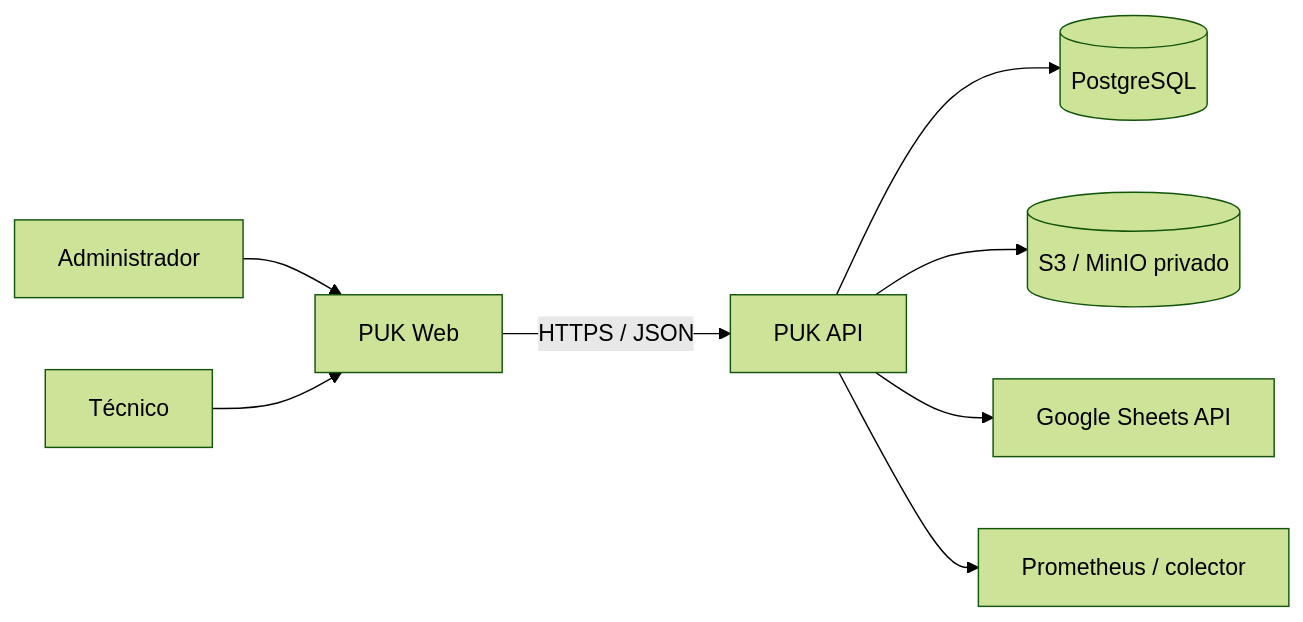
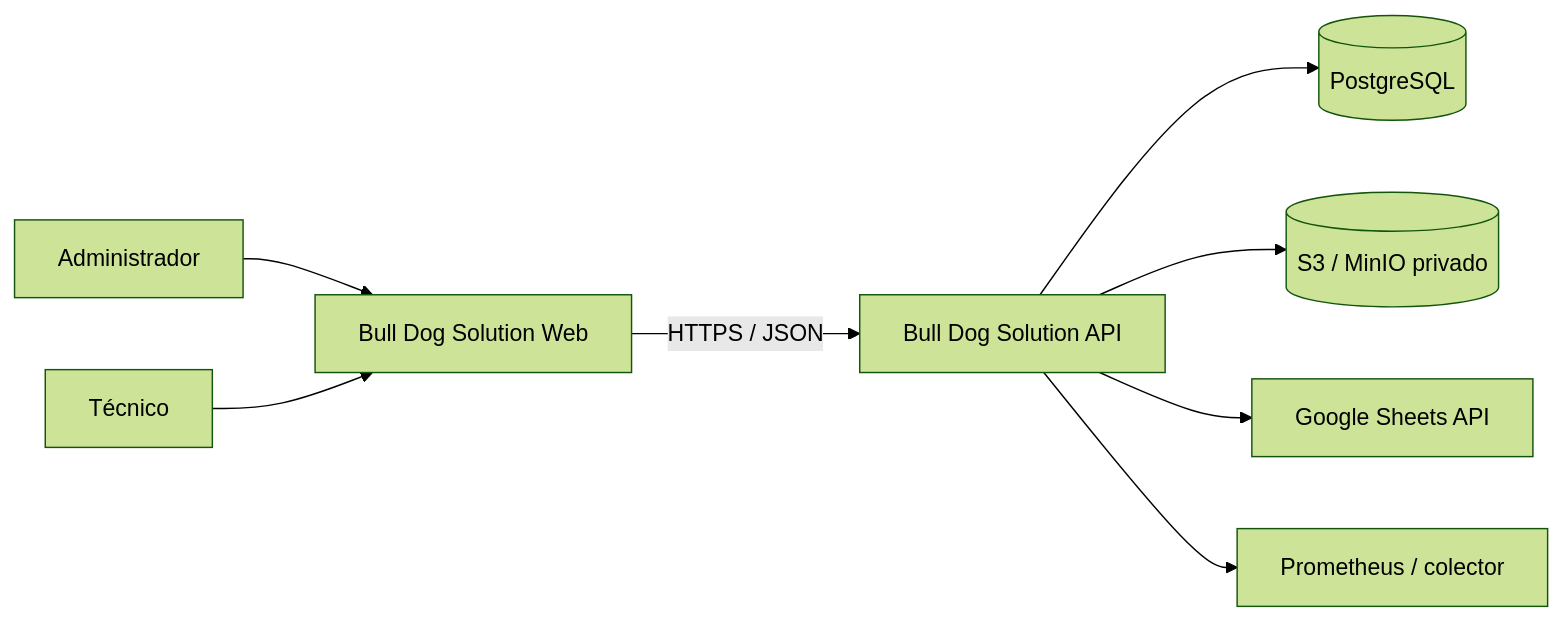
The first of 3 diagrams in docs/technical/architecture.md (luistorres-idt/puk), drawn with Mermaid (forest theme) before and after one commit. The commit also changed other lines of this file and 4 other files, not shown here.

Commit message:
docs: rename system references from puk to bull dog solution

````diff
--- a/docs/technical/architecture.md
+++ b/docs/technical/architecture.md
@@ -11,10 +11,10 @@
 ```mermaid
 flowchart LR
-    Admin[Administrador] --> Web[PUK Web]
+    Admin[Administrador] --> Web[Bull Dog Solution Web]
     Tech[Técnico] --> Web
-    Web -->|HTTPS / JSON| API[PUK API]
+    Web -->|HTTPS / JSON| API[Bull Dog Solution API]
     API --> DB[(PostgreSQL)]
     API --> S3[(S3 / MinIO privado)]
     API --> Sheets[Google Sheets API]
     API --> Metrics[Prometheus / colector]
 ```
````
